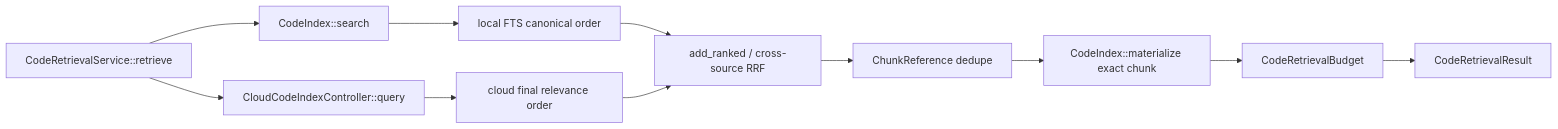
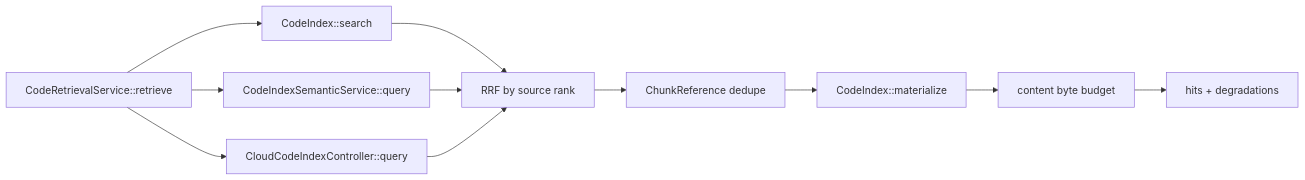
The diagram in zeta-rs/code-retrieval/README.md (chogng/zeta), drawn with Mermaid before and after one commit. The commit also changed other lines of this file and 254 other files, not shown here.

````diff
--- a/zeta-rs/code-retrieval/README.md
+++ b/zeta-rs/code-retrieval/README.md
@@ -48,13 +47,13 @@
 ```mermaid
 flowchart LR
-    Query["CodeRetrievalService::retrieve"] --> Local["CodeIndex::search"]
-    Query --> Cloud["CloudCodeIndexController::query"]
-    Local --> LocalOrder["local FTS canonical order"]
-    Cloud --> CloudOrder["cloud final relevance order"]
-    LocalOrder --> Fuse["add_ranked / cross-source RRF"]
-    CloudOrder --> Fuse
+    Query["CodeRetrievalService::retrieve"] --> FTS["CodeIndex::search"]
+    Query --> Dense["CodeIndexSemanticService::query"]
+    Query --> Remote["CloudCodeIndexController::query"]
+    FTS --> Fuse["RRF by source rank"]
+    Dense --> Fuse
+    Remote --> Fuse
     Fuse --> Dedup["ChunkReference dedupe"]
-    Dedup --> Verify["CodeIndex::materialize exact chunk"]
-    Verify --> Budget["CodeRetrievalBudget"]
-    Budget --> Result["CodeRetrievalResult"]
+    Dedup --> Verify["CodeIndex::materialize"]
+    Verify --> Budget["content byte budget"]
+    Budget --> Result["hits + degradations"]
 ```
````
